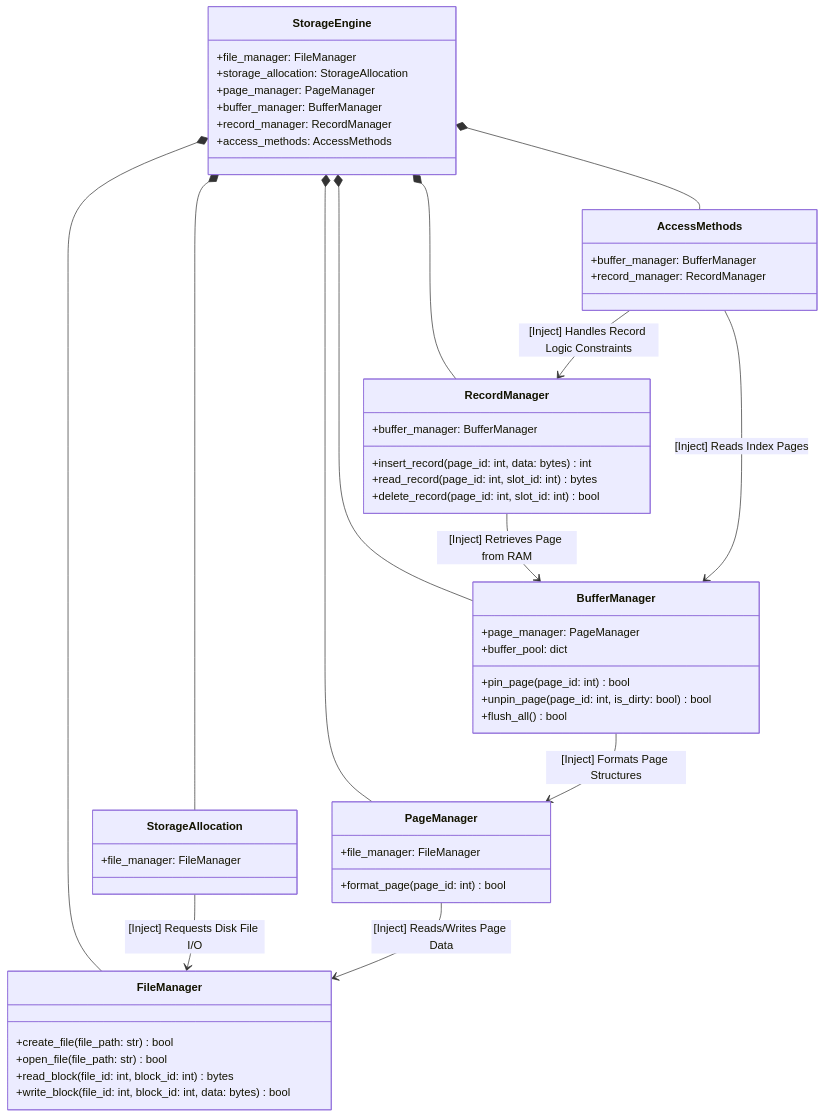
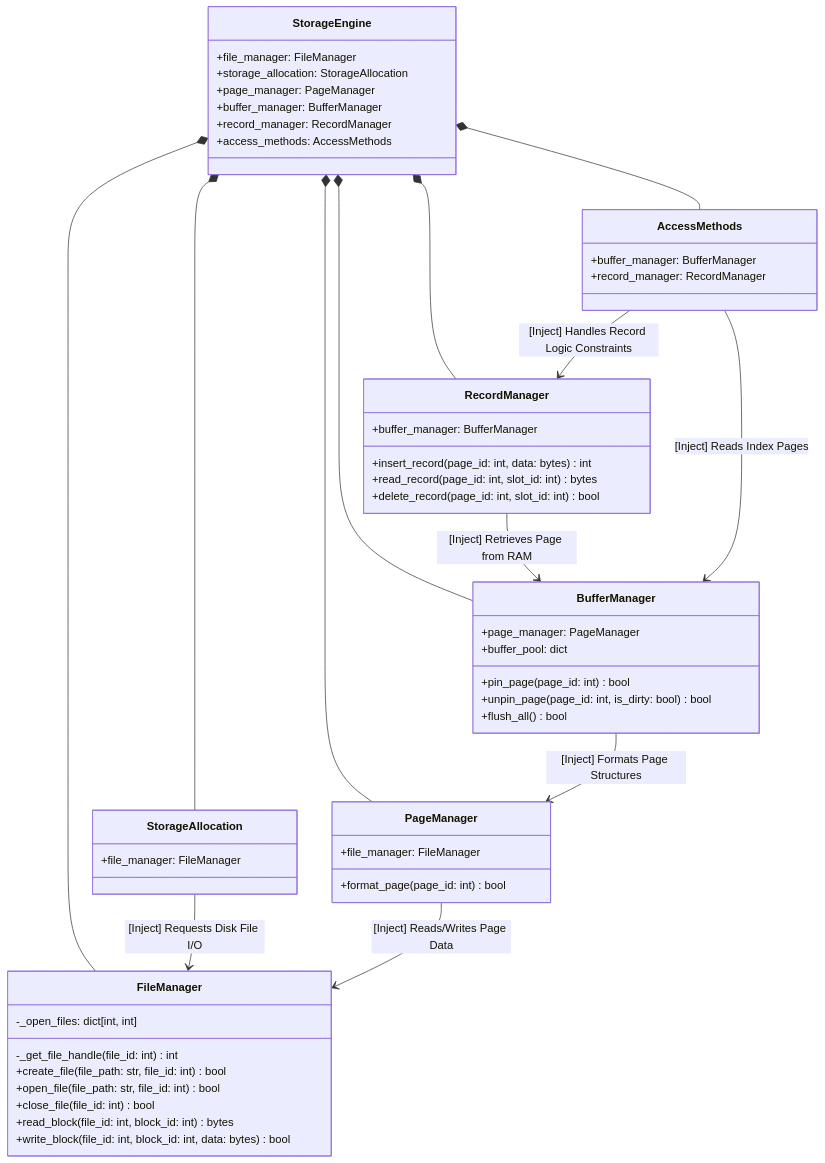
One commit to Ricky13170/DBMS changed the diagram in Layer_2/storage_engine_layer2.md. Above: the diagram before and after it, drawn with Mermaid.

````diff
--- a/Layer_2/storage_engine_layer2.md
+++ b/Layer_2/storage_engine_layer2.md
@@ -5,65 +5,68 @@
 ```mermaid
 classDiagram
     direction TB
     
     class FileManager {
-        +create_file(file_path: str) bool
-        +open_file(file_path: str) bool
+        -_open_files: dict[int, int]
+        -_get_file_handle(file_id: int) int
+        +create_file(file_path: str, file_id: int) bool
+        +open_file(file_path: str, file_id: int) bool
+        +close_file(file_id: int) bool
         +read_block(file_id: int, block_id: int) bytes
         +write_block(file_id: int, block_id: int, data: bytes) bool
     }
 
     class StorageAllocation {
         +file_manager: FileManager
     }
     
     class PageManager {
         +file_manager: FileManager
         +format_page(page_id: int) bool
     }
 
     class BufferManager {
         +page_manager: PageManager
         +buffer_pool: dict
         +pin_page(page_id: int) bool
         +unpin_page(page_id: int, is_dirty: bool) bool
         +flush_all() bool
     }
 
     class RecordManager {
         +buffer_manager: BufferManager
         +insert_record(page_id: int, data: bytes) int
         +read_record(page_id: int, slot_id: int) bytes
         +delete_record(page_id: int, slot_id: int) bool
     }
 
     class AccessMethods {
         +buffer_manager: BufferManager
         +record_manager: RecordManager
     }
 
     class StorageEngine {
         +file_manager: FileManager
         +storage_allocation: StorageAllocation
         +page_manager: PageManager
         +buffer_manager: BufferManager
         +record_manager: RecordManager
         +access_methods: AccessMethods
     }
     
     %% Facade acts as the central container (Composition)
     StorageEngine *-- FileManager
     StorageEngine *-- StorageAllocation
     StorageEngine *-- PageManager
     StorageEngine *-- BufferManager
     StorageEngine *-- RecordManager
     StorageEngine *-- AccessMethods
     
     %% Dependency Injection Relationships (Via Constructor)
     StorageAllocation --> FileManager : [Inject] Requests Disk File I/O
     PageManager --> FileManager : [Inject] Reads/Writes Page Data
     BufferManager --> PageManager : [Inject] Formats Page Structures
     RecordManager --> BufferManager : [Inject] Retrieves Page from RAM
     AccessMethods --> BufferManager : [Inject] Reads Index Pages
     AccessMethods --> RecordManager : [Inject] Handles Record Logic Constraints
 ```
````
